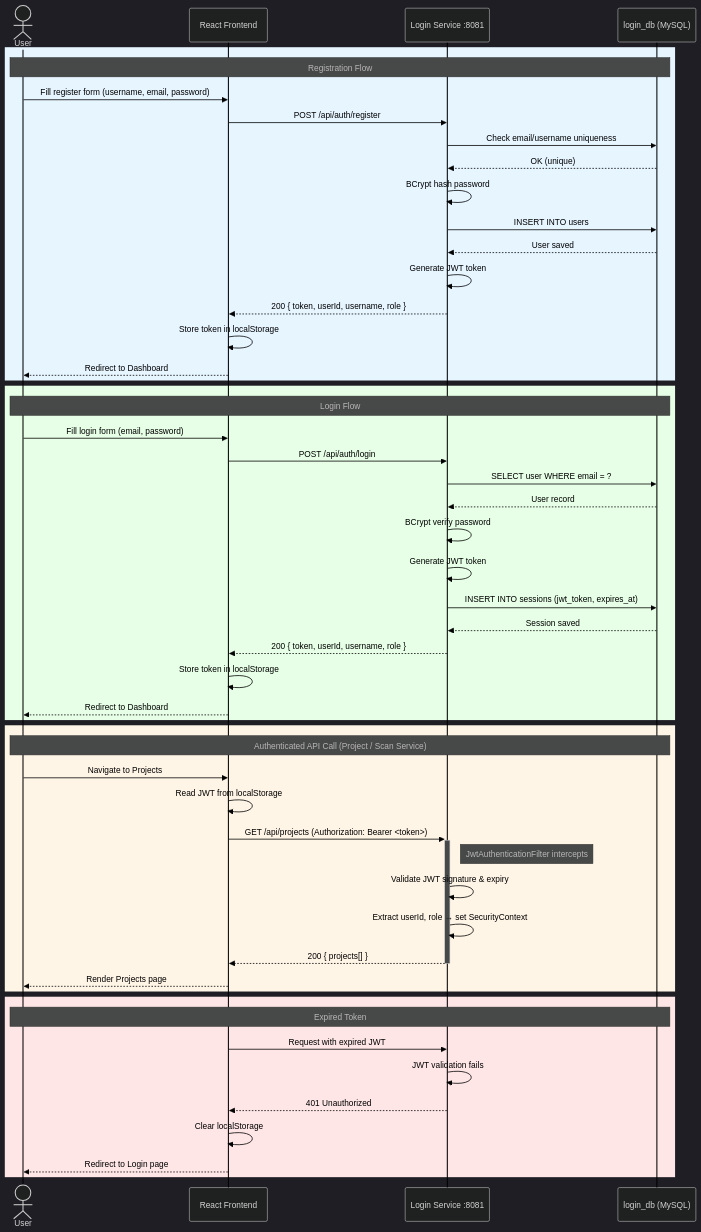
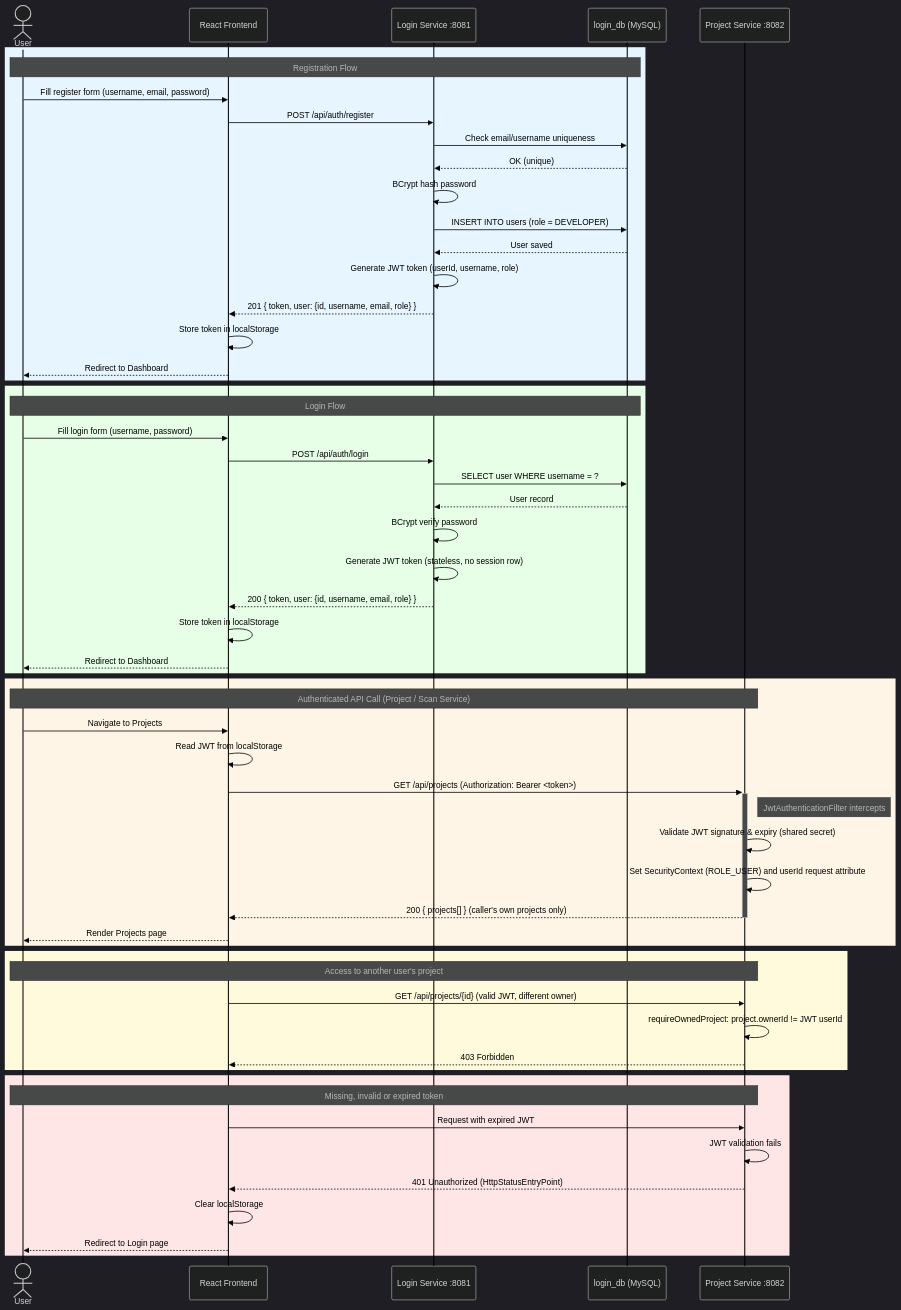
One commit to kaldrake/NUSISS_ProjectManagementPortal changed the diagram in docs/Auth Flow.mermaid. Above: the diagram before and after it, drawn with Mermaid. The commit also changed 7 other files, not shown here.

Commit message:
added mermaid changes

```diff
--- a/docs/Auth Flow.mermaid
+++ b/docs/Auth Flow.mermaid
@@ -1,61 +1,68 @@
 %%{init: {'theme': 'dark', 'themeVariables': {'lineColor': '#000000', 'actorLineColor': '#000000', 'signalColor': '#000000', 'signalTextColor': '#000000'}}}%%
 sequenceDiagram
     actor User
     participant FE as React Frontend
     participant LS as Login Service :8081
     participant DB as login_db (MySQL)
+    participant PS as Project Service :8082
 
     %% Registration
     rect rgb(230, 245, 255)
         Note over User,DB: Registration Flow
         User->>FE: Fill register form (username, email, password)
         FE->>LS: POST /api/auth/register
         LS->>DB: Check email/username uniqueness
         DB-->>LS: OK (unique)
         LS->>LS: BCrypt hash password
-        LS->>DB: INSERT INTO users
+        LS->>DB: INSERT INTO users (role = DEVELOPER)
         DB-->>LS: User saved
-        LS->>LS: Generate JWT token
-        LS-->>FE: 200 { token, userId, username, role }
+        LS->>LS: Generate JWT token (userId, username, role)
+        LS-->>FE: 201 { token, user: {id, username, email, role} }
         FE->>FE: Store token in localStorage
         FE-->>User: Redirect to Dashboard
     end
 
     %% Login
     rect rgb(230, 255, 230)
         Note over User,DB: Login Flow
-        User->>FE: Fill login form (email, password)
+        User->>FE: Fill login form (username, password)
         FE->>LS: POST /api/auth/login
-        LS->>DB: SELECT user WHERE email = ?
+        LS->>DB: SELECT user WHERE username = ?
         DB-->>LS: User record
         LS->>LS: BCrypt verify password
-        LS->>LS: Generate JWT token
-        LS->>DB: INSERT INTO sessions (jwt_token, expires_at)
-        DB-->>LS: Session saved
-        LS-->>FE: 200 { token, userId, username, role }
+        LS->>LS: Generate JWT token (stateless, no session row)
+        LS-->>FE: 200 { token, user: {id, username, email, role} }
         FE->>FE: Store token in localStorage
         FE-->>User: Redirect to Dashboard
     end
 
     %% Authenticated Request
     rect rgb(255, 245, 230)
-        Note over User,DB: Authenticated API Call (Project / Scan Service)
+        Note over User,PS: Authenticated API Call (Project / Scan Service)
         User->>FE: Navigate to Projects
         FE->>FE: Read JWT from localStorage
-        FE->>+LS: GET /api/projects (Authorization: Bearer <token>)
-        Note right of LS: JwtAuthenticationFilter intercepts
-        LS->>LS: Validate JWT signature & expiry
-        LS->>LS: Extract userId, role → set SecurityContext
-        LS-->>-FE: 200 { projects[] }
+        FE->>+PS: GET /api/projects (Authorization: Bearer <token>)
+        Note right of PS: JwtAuthenticationFilter intercepts
+        PS->>PS: Validate JWT signature & expiry (shared secret)
+        PS->>PS: Set SecurityContext (ROLE_USER) and userId request attribute
+        PS-->>-FE: 200 { projects[] } (caller's own projects only)
         FE-->>User: Render Projects page
+    end
+
+    %% Ownership check
+    rect rgb(255, 250, 220)
+        Note over User,PS: Access to another user's project
+        FE->>PS: GET /api/projects/{id} (valid JWT, different owner)
+        PS->>PS: requireOwnedProject: project.ownerId != JWT userId
+        PS-->>FE: 403 Forbidden
     end
 
     %% Token Expiry
     rect rgb(255, 230, 230)
-        Note over User,DB: Expired Token
-        FE->>LS: Request with expired JWT
-        LS->>LS: JWT validation fails
-        LS-->>FE: 401 Unauthorized
+        Note over User,PS: Missing, invalid or expired token
+        FE->>PS: Request with expired JWT
+        PS->>PS: JWT validation fails
+        PS-->>FE: 401 Unauthorized (HttpStatusEntryPoint)
         FE->>FE: Clear localStorage
         FE-->>User: Redirect to Login page
     end
```
